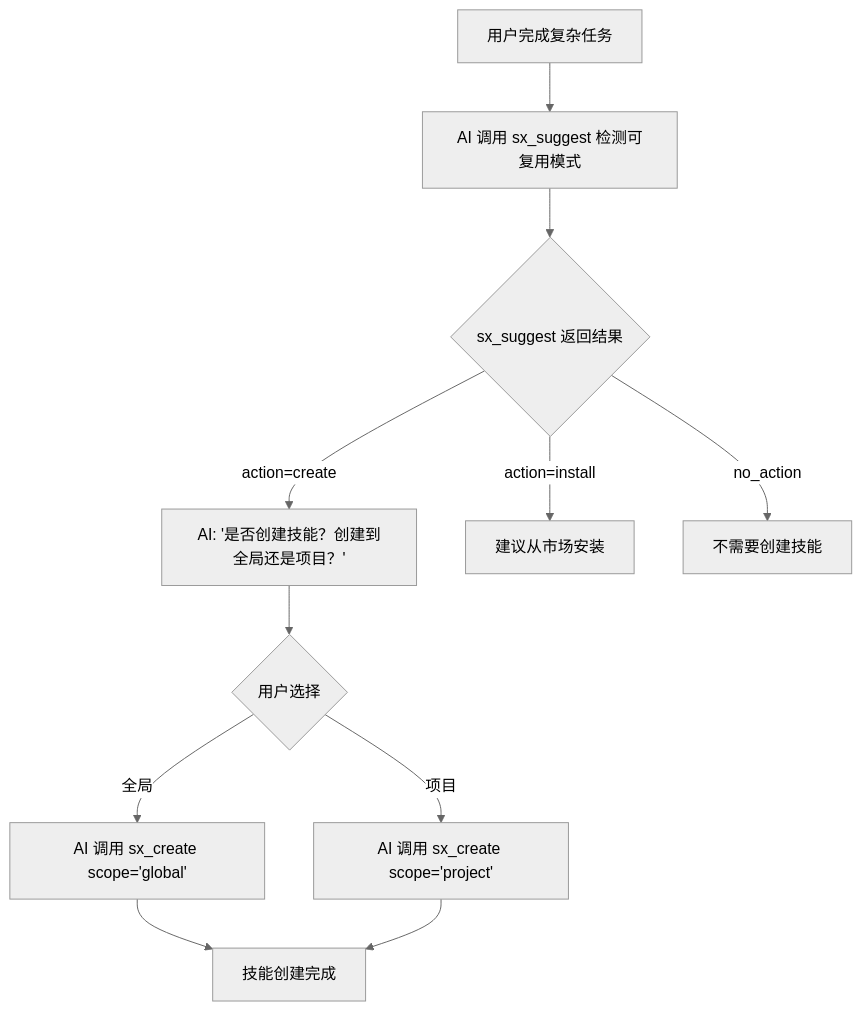
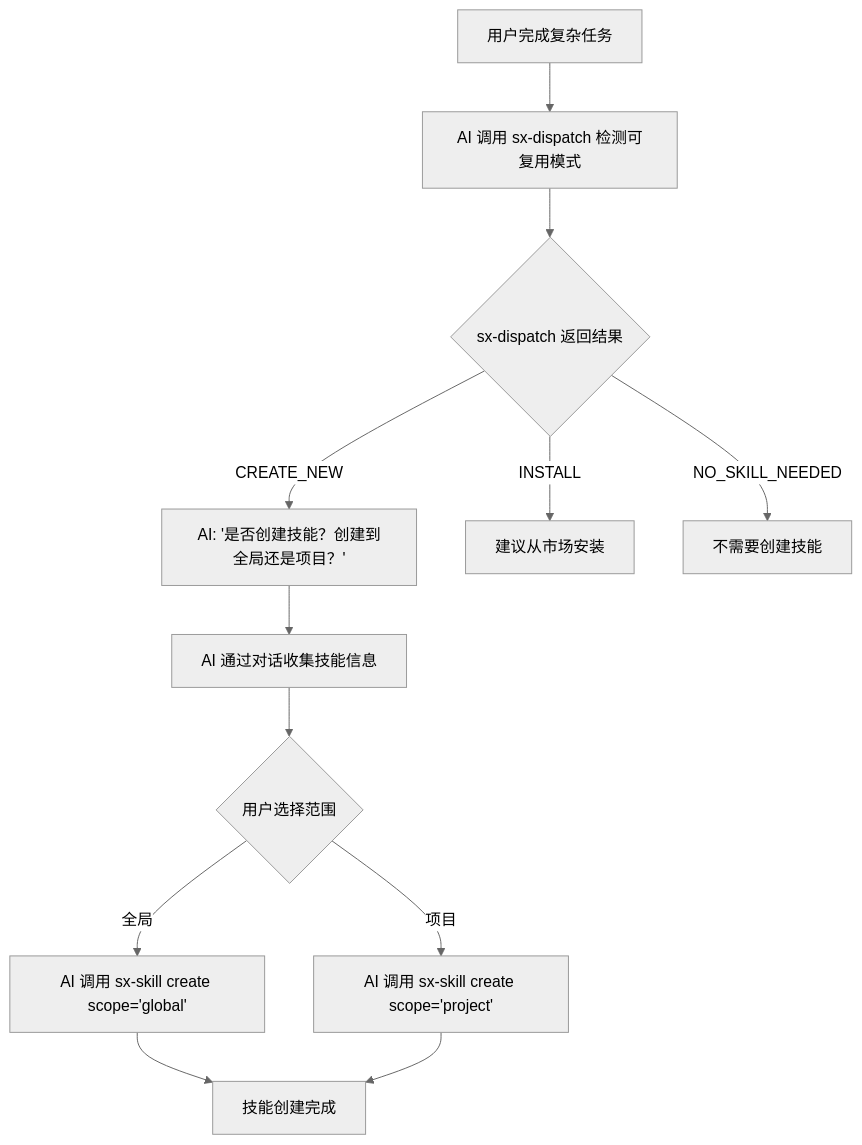
One commit to shetengteng/skillix-mcp changed the third of 6 diagrams in design/02-设计/20260111-03-自动创建与进化设计.md. Above: the diagram before and after it, drawn with Mermaid (neutral theme). The commit also changed other lines of this file, not shown here.

````diff
--- a/design/02-设计/20260111-03-自动创建与进化设计.md
+++ b/design/02-设计/20260111-03-自动创建与进化设计.md
@@ -263,13 +300,14 @@
 ```mermaid
 flowchart TD
-    A[用户完成复杂任务] --> B[AI 调用 sx_suggest 检测可复用模式]
-    B --> C{sx_suggest 返回结果}
-    C -->|action=create| D["AI: '是否创建技能？创建到全局还是项目？'"]
-    D --> E{用户选择}
-    E -->|全局| F["AI 调用 sx_create scope='global'"]
-    E -->|项目| G["AI 调用 sx_create scope='project'"]
-    F --> H[技能创建完成]
-    G --> H
-    C -->|action=install| I[建议从市场安装]
-    C -->|no_action| J[不需要创建技能]
+    A[用户完成复杂任务] --> B[AI 调用 sx-dispatch 检测可复用模式]
+    B --> C{sx-dispatch 返回结果}
+    C -->|CREATE_NEW| D["AI: '是否创建技能？创建到全局还是项目？'"]
+    D --> E[AI 通过对话收集技能信息]
+    E --> F{用户选择范围}
+    F -->|全局| G["AI 调用 sx-skill create scope='global'"]
+    F -->|项目| H["AI 调用 sx-skill create scope='project'"]
+    G --> I[技能创建完成]
+    H --> I
+    C -->|INSTALL| J[建议从市场安装]
+    C -->|NO_SKILL_NEEDED| K[不需要创建技能]
 ```
````
